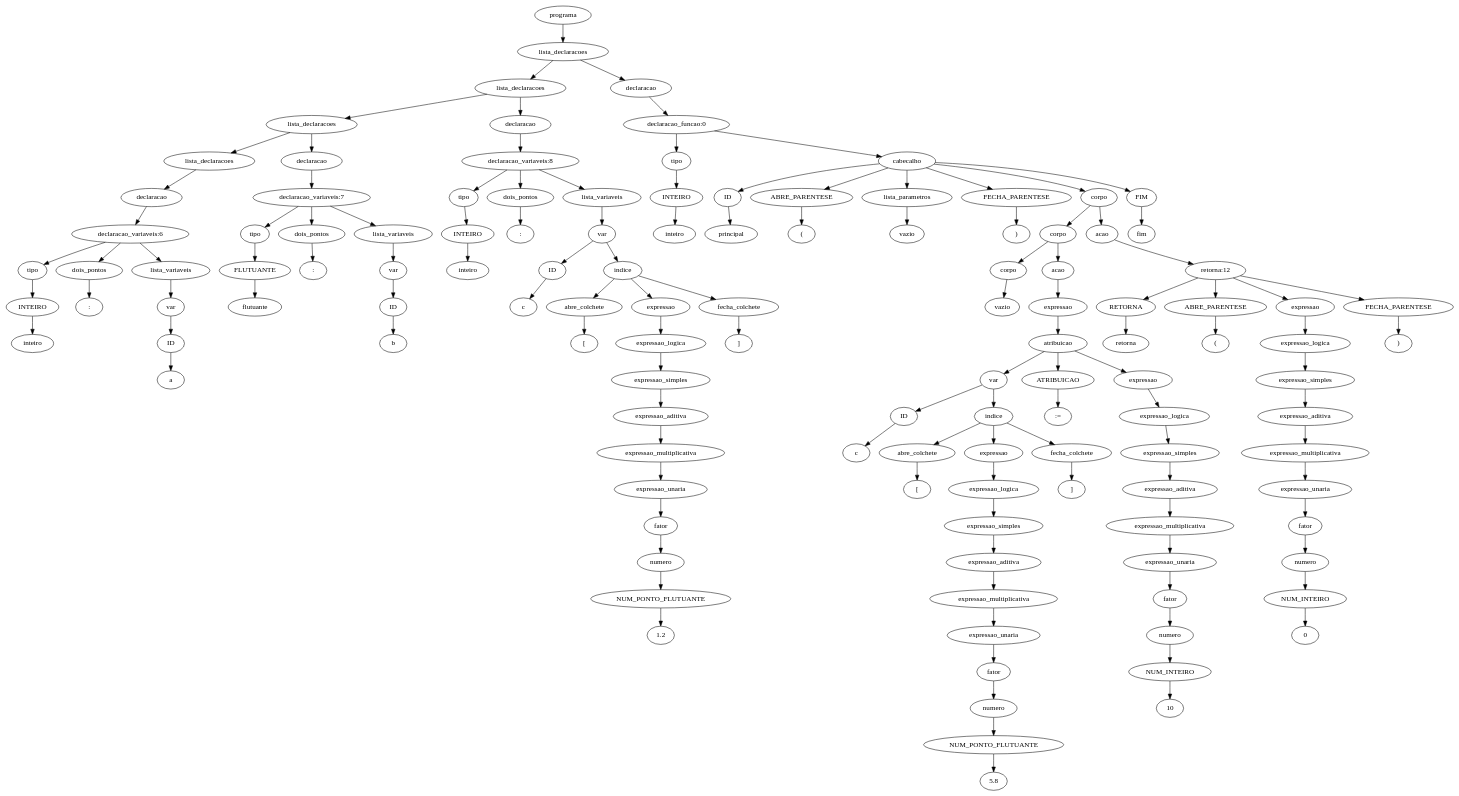
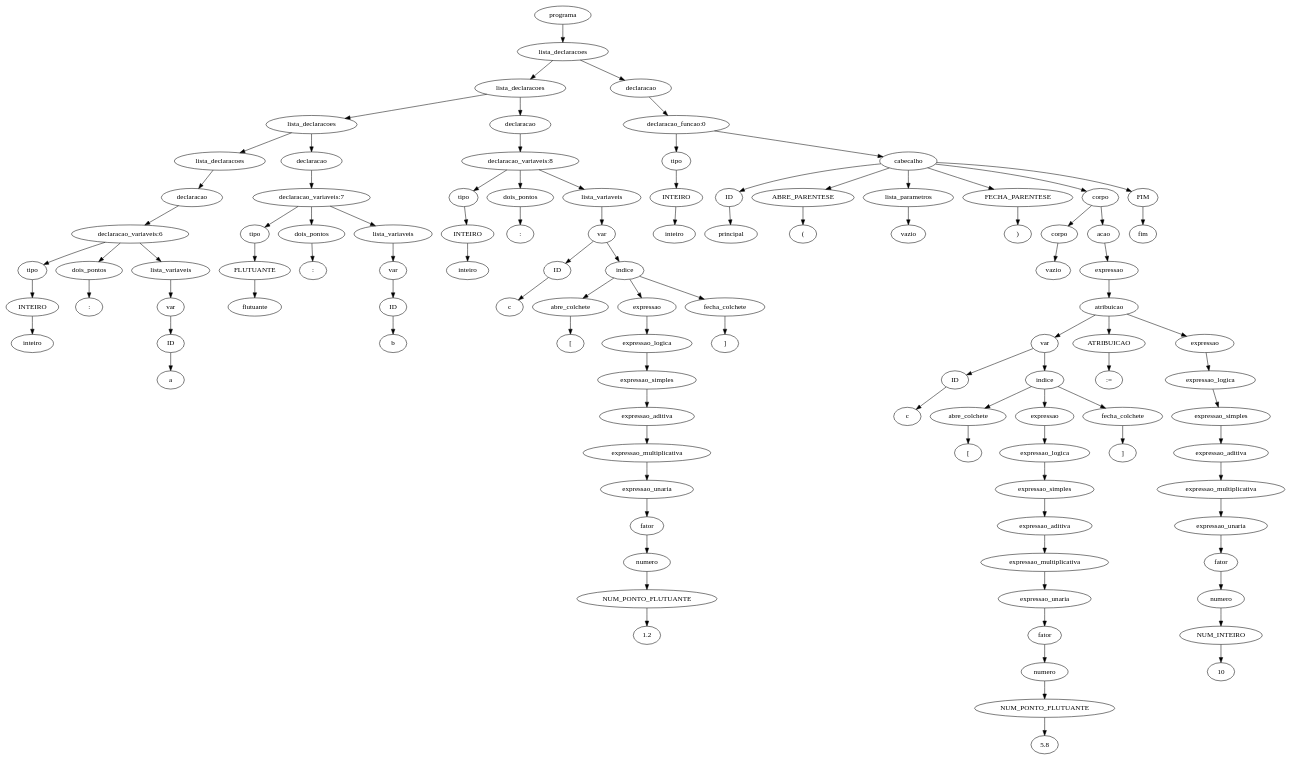
Before and after one commit to JuanFSR/Compiladores: the diagram in 7.AnaliseSemantica/implementacao/semantica-testes/sema-002.tpp.unique.ast.dot, drawn with Graphviz. The commit also changed 16 other files, not shown here.

```diff
--- a/7.AnaliseSemantica/implementacao/semantica-testes/sema-002.tpp.unique.ast.dot
+++ b/7.AnaliseSemantica/implementacao/semantica-testes/sema-002.tpp.unique.ast.dot
@@ -1,249 +1,211 @@
 digraph tree {
-    "0x7f21eaf4db20" [label="programa"];
-    "0x7f21eaee0d00" [label="lista_declaracoes"];
-    "0x7f21eaf4ddc0" [label="lista_declaracoes"];
-    "0x7f21eaf4dc40" [label="lista_declaracoes"];
-    "0x7f21eaf4da30" [label="lista_declaracoes"];
-    "0x7f21ebb917c0" [label="declaracao"];
-    "0x7f21eaf4d9a0" [label="declaracao_variaveis:6"];
-    "0x7f21eaf4d910" [label="tipo"];
-    "0x7f21eaf4d970" [label="INTEIRO"];
-    "0x7f21eaf4d9d0" [label="inteiro"];
-    "0x7f21eaf4da90" [label="dois_pontos"];
-    "0x7f21eaf4d940" [label=":"];
-    "0x7f21eaf4da00" [label="lista_variaveis"];
-    "0x7f21ebb862e0" [label="var"];
-    "0x7f222dac9430" [label="ID"];
-    "0x7f21eaf4daf0" [label="a"];
-    "0x7f21eaf4db80" [label="declaracao"];
-    "0x7f21eaf4dd00" [label="declaracao_variaveis:7"];
-    "0x7f21eaf4dbb0" [label="tipo"];
-    "0x7f21eaf4dbe0" [label="FLUTUANTE"];
-    "0x7f21eaf4dc10" [label="flutuante"];
-    "0x7f21eaf4de20" [label="dois_pontos"];
-    "0x7f21eaf4de50" [label=":"];
-    "0x7f21eaf4dc70" [label="lista_variaveis"];
-    "0x7f21eaf4dac0" [label="var"];
-    "0x7f21eaf4da60" [label="ID"];
-    "0x7f21eaf4dd60" [label="b"];
-    "0x7f21eaf4de80" [label="declaracao"];
-    "0x7f21eaee03a0" [label="declaracao_variaveis:8"];
-    "0x7f21eaf25f10" [label="tipo"];
-    "0x7f21eb1639d0" [label="INTEIRO"];
-    "0x7f21eaf4deb0" [label="inteiro"];
-    "0x7f21eaee0280" [label="dois_pontos"];
-    "0x7f21eaee0040" [label=":"];
-    "0x7f21eaf4dd90" [label="lista_variaveis"];
-    "0x7f21eaf4df10" [label="var"];
-    "0x7f21eaf4df40" [label="ID"];
-    "0x7f21eaf4dfd0" [label="c"];
-    "0x7f21eaee0160" [label="indice"];
-    "0x7f21eaee01f0" [label="abre_colchete"];
-    "0x7f21eaee02e0" [label="["];
-    "0x7f21eaee0130" [label="expressao"];
-    "0x7f21eaee0100" [label="expressao_logica"];
-    "0x7f21eaee0070" [label="expressao_simples"];
-    "0x7f21eaf4dfa0" [label="expressao_aditiva"];
-    "0x7f21eaee00d0" [label="expressao_multiplicativa"];
-    "0x7f21eaf4dee0" [label="expressao_unaria"];
-    "0x7f21eaf4df70" [label="fator"];
-    "0x7f21eaf4dd30" [label="numero"];
-    "0x7f21eaf4dcd0" [label="NUM_PONTO_FLUTUANTE"];
-    "0x7f21eaee00a0" [label="1.2"];
-    "0x7f21eaee0310" [label="fecha_colchete"];
-    "0x7f21eaee0340" [label="]"];
-    "0x7f21eaf4ddf0" [label="declaracao"];
-    "0x7f21eaee03d0" [label="declaracao_funcao:0"];
-    "0x7f21eaf4db50" [label="tipo"];
-    "0x7f21eaf4d790" [label="INTEIRO"];
-    "0x7f21eaee0400" [label="inteiro"];
-    "0x7f21eaee09d0" [label="cabecalho"];
-    "0x7f21eaee0e50" [label="ID"];
-    "0x7f21eaeec1f0" [label="principal"];
-    "0x7f21eaeec220" [label="ABRE_PARENTESE"];
-    "0x7f21eaeec070" [label="("];
-    "0x7f21eaee0520" [label="lista_parametros"];
-    "0x7f21eaee02b0" [label="vazio"];
-    "0x7f21eaeec0d0" [label="FECHA_PARENTESE"];
-    "0x7f21eaeec250" [label=")"];
-    "0x7f21eaee0f70" [label="corpo"];
-    "0x7f21eaee0d60" [label="corpo"];
-    "0x7f21eaee0640" [label="corpo"];
-    "0x7f21eaee0430" [label="vazio"];
-    "0x7f21eaee0c70" [label="acao"];
-    "0x7f21eaee0ac0" [label="expressao"];
-    "0x7f21eaee0c10" [label="atribuicao"];
-    "0x7f21eaee06a0" [label="var"];
-    "0x7f21eaee06d0" [label="ID"];
-    "0x7f21eaee08e0" [label="c"];
-    "0x7f21eaee08b0" [label="indice"];
-    "0x7f21eaee0940" [label="abre_colchete"];
-    "0x7f21eaee0a30" [label="["];
-    "0x7f21eaee0880" [label="expressao"];
-    "0x7f21eaee0850" [label="expressao_logica"];
-    "0x7f21eaee07c0" [label="expressao_simples"];
-    "0x7f21eaee0730" [label="expressao_aditiva"];
-    "0x7f21eaee0820" [label="expressao_multiplicativa"];
-    "0x7f21eaee0670" [label="expressao_unaria"];
-    "0x7f21eaee0700" [label="fator"];
-    "0x7f21eaee0550" [label="numero"];
-    "0x7f21eaee05b0" [label="NUM_PONTO_FLUTUANTE"];
-    "0x7f21eaee07f0" [label="5.8"];
-    "0x7f21eaee0a60" [label="fecha_colchete"];
-    "0x7f21eaee0a90" [label="]"];
-    "0x7f21eaee0ca0" [label="ATRIBUICAO"];
-    "0x7f21eaee0d30" [label=":="];
-    "0x7f21eaee0be0" [label="expressao"];
-    "0x7f21eaee0bb0" [label="expressao_logica"];
-    "0x7f21eaee0b50" [label="expressao_simples"];
-    "0x7f21eaee0790" [label="expressao_aditiva"];
-    "0x7f21eaee0a00" [label="expressao_multiplicativa"];
-    "0x7f21eaee0970" [label="expressao_unaria"];
-    "0x7f21eaee0760" [label="fator"];
-    "0x7f21eaee05e0" [label="numero"];
-    "0x7f21eaee0580" [label="NUM_INTEIRO"];
-    "0x7f21eaee0910" [label="10"];
-    "0x7f21eaee0b80" [label="acao"];
-    "0x7f21eaee0f10" [label="retorna:12"];
-    "0x7f21eaee0fa0" [label="RETORNA"];
-    "0x7f21eaeec100" [label="retorna"];
-    "0x7f21eaeec130" [label="ABRE_PARENTESE"];
-    "0x7f21eaeec160" [label="("];
-    "0x7f21eaee0ee0" [label="expressao"];
-    "0x7f21eaee0eb0" [label="expressao_logica"];
-    "0x7f21eaee0e80" [label="expressao_simples"];
-    "0x7f21eaee0df0" [label="expressao_aditiva"];
-    "0x7f21eaee09a0" [label="expressao_multiplicativa"];
-    "0x7f21eaee0d90" [label="expressao_unaria"];
-    "0x7f21eaee0dc0" [label="fator"];
-    "0x7f21eaee04c0" [label="numero"];
-    "0x7f21eaee0610" [label="NUM_INTEIRO"];
-    "0x7f21eaee0af0" [label="0"];
-    "0x7f21eaeec190" [label="FECHA_PARENTESE"];
-    "0x7f21eaeec1c0" [label=")"];
-    "0x7f21eaeec280" [label="FIM"];
-    "0x7f21eaeec2b0" [label="fim"];
-    "0x7f21eaf4db20" -> "0x7f21eaee0d00";
-    "0x7f21eaee0d00" -> "0x7f21eaf4ddc0";
-    "0x7f21eaee0d00" -> "0x7f21eaf4ddf0";
-    "0x7f21eaf4ddc0" -> "0x7f21eaf4dc40";
-    "0x7f21eaf4ddc0" -> "0x7f21eaf4de80";
-    "0x7f21eaf4dc40" -> "0x7f21eaf4da30";
-    "0x7f21eaf4dc40" -> "0x7f21eaf4db80";
-    "0x7f21eaf4da30" -> "0x7f21ebb917c0";
-    "0x7f21ebb917c0" -> "0x7f21eaf4d9a0";
-    "0x7f21eaf4d9a0" -> "0x7f21eaf4d910";
-    "0x7f21eaf4d9a0" -> "0x7f21eaf4da90";
-    "0x7f21eaf4d9a0" -> "0x7f21eaf4da00";
-    "0x7f21eaf4d910" -> "0x7f21eaf4d970";
-    "0x7f21eaf4d970" -> "0x7f21eaf4d9d0";
-    "0x7f21eaf4da90" -> "0x7f21eaf4d940";
-    "0x7f21eaf4da00" -> "0x7f21ebb862e0";
-    "0x7f21ebb862e0" -> "0x7f222dac9430";
-    "0x7f222dac9430" -> "0x7f21eaf4daf0";
-    "0x7f21eaf4db80" -> "0x7f21eaf4dd00";
-    "0x7f21eaf4dd00" -> "0x7f21eaf4dbb0";
-    "0x7f21eaf4dd00" -> "0x7f21eaf4de20";
-    "0x7f21eaf4dd00" -> "0x7f21eaf4dc70";
-    "0x7f21eaf4dbb0" -> "0x7f21eaf4dbe0";
-    "0x7f21eaf4dbe0" -> "0x7f21eaf4dc10";
-    "0x7f21eaf4de20" -> "0x7f21eaf4de50";
-    "0x7f21eaf4dc70" -> "0x7f21eaf4dac0";
-    "0x7f21eaf4dac0" -> "0x7f21eaf4da60";
-    "0x7f21eaf4da60" -> "0x7f21eaf4dd60";
-    "0x7f21eaf4de80" -> "0x7f21eaee03a0";
-    "0x7f21eaee03a0" -> "0x7f21eaf25f10";
-    "0x7f21eaee03a0" -> "0x7f21eaee0280";
-    "0x7f21eaee03a0" -> "0x7f21eaf4dd90";
-    "0x7f21eaf25f10" -> "0x7f21eb1639d0";
-    "0x7f21eb1639d0" -> "0x7f21eaf4deb0";
-    "0x7f21eaee0280" -> "0x7f21eaee0040";
-    "0x7f21eaf4dd90" -> "0x7f21eaf4df10";
-    "0x7f21eaf4df10" -> "0x7f21eaf4df40";
-    "0x7f21eaf4df10" -> "0x7f21eaee0160";
-    "0x7f21eaf4df40" -> "0x7f21eaf4dfd0";
-    "0x7f21eaee0160" -> "0x7f21eaee01f0";
-    "0x7f21eaee0160" -> "0x7f21eaee0130";
-    "0x7f21eaee0160" -> "0x7f21eaee0310";
-    "0x7f21eaee01f0" -> "0x7f21eaee02e0";
-    "0x7f21eaee0130" -> "0x7f21eaee0100";
-    "0x7f21eaee0100" -> "0x7f21eaee0070";
-    "0x7f21eaee0070" -> "0x7f21eaf4dfa0";
-    "0x7f21eaf4dfa0" -> "0x7f21eaee00d0";
-    "0x7f21eaee00d0" -> "0x7f21eaf4dee0";
-    "0x7f21eaf4dee0" -> "0x7f21eaf4df70";
-    "0x7f21eaf4df70" -> "0x7f21eaf4dd30";
-    "0x7f21eaf4dd30" -> "0x7f21eaf4dcd0";
-    "0x7f21eaf4dcd0" -> "0x7f21eaee00a0";
-    "0x7f21eaee0310" -> "0x7f21eaee0340";
-    "0x7f21eaf4ddf0" -> "0x7f21eaee03d0";
-    "0x7f21eaee03d0" -> "0x7f21eaf4db50";
-    "0x7f21eaee03d0" -> "0x7f21eaee09d0";
-    "0x7f21eaf4db50" -> "0x7f21eaf4d790";
-    "0x7f21eaf4d790" -> "0x7f21eaee0400";
-    "0x7f21eaee09d0" -> "0x7f21eaee0e50";
-    "0x7f21eaee09d0" -> "0x7f21eaeec220";
-    "0x7f21eaee09d0" -> "0x7f21eaee0520";
-    "0x7f21eaee09d0" -> "0x7f21eaeec0d0";
-    "0x7f21eaee09d0" -> "0x7f21eaee0f70";
-    "0x7f21eaee09d0" -> "0x7f21eaeec280";
-    "0x7f21eaee0e50" -> "0x7f21eaeec1f0";
-    "0x7f21eaeec220" -> "0x7f21eaeec070";
-    "0x7f21eaee0520" -> "0x7f21eaee02b0";
-    "0x7f21eaeec0d0" -> "0x7f21eaeec250";
-    "0x7f21eaee0f70" -> "0x7f21eaee0d60";
-    "0x7f21eaee0f70" -> "0x7f21eaee0b80";
-    "0x7f21eaee0d60" -> "0x7f21eaee0640";
-    "0x7f21eaee0d60" -> "0x7f21eaee0c70";
-    "0x7f21eaee0640" -> "0x7f21eaee0430";
-    "0x7f21eaee0c70" -> "0x7f21eaee0ac0";
-    "0x7f21eaee0ac0" -> "0x7f21eaee0c10";
-    "0x7f21eaee0c10" -> "0x7f21eaee06a0";
-    "0x7f21eaee0c10" -> "0x7f21eaee0ca0";
-    "0x7f21eaee0c10" -> "0x7f21eaee0be0";
-    "0x7f21eaee06a0" -> "0x7f21eaee06d0";
-    "0x7f21eaee06a0" -> "0x7f21eaee08b0";
-    "0x7f21eaee06d0" -> "0x7f21eaee08e0";
-    "0x7f21eaee08b0" -> "0x7f21eaee0940";
-    "0x7f21eaee08b0" -> "0x7f21eaee0880";
-    "0x7f21eaee08b0" -> "0x7f21eaee0a60";
-    "0x7f21eaee0940" -> "0x7f21eaee0a30";
-    "0x7f21eaee0880" -> "0x7f21eaee0850";
-    "0x7f21eaee0850" -> "0x7f21eaee07c0";
-    "0x7f21eaee07c0" -> "0x7f21eaee0730";
-    "0x7f21eaee0730" -> "0x7f21eaee0820";
-    "0x7f21eaee0820" -> "0x7f21eaee0670";
-    "0x7f21eaee0670" -> "0x7f21eaee0700";
-    "0x7f21eaee0700" -> "0x7f21eaee0550";
-    "0x7f21eaee0550" -> "0x7f21eaee05b0";
-    "0x7f21eaee05b0" -> "0x7f21eaee07f0";
-    "0x7f21eaee0a60" -> "0x7f21eaee0a90";
-    "0x7f21eaee0ca0" -> "0x7f21eaee0d30";
-    "0x7f21eaee0be0" -> "0x7f21eaee0bb0";
-    "0x7f21eaee0bb0" -> "0x7f21eaee0b50";
-    "0x7f21eaee0b50" -> "0x7f21eaee0790";
-    "0x7f21eaee0790" -> "0x7f21eaee0a00";
-    "0x7f21eaee0a00" -> "0x7f21eaee0970";
-    "0x7f21eaee0970" -> "0x7f21eaee0760";
-    "0x7f21eaee0760" -> "0x7f21eaee05e0";
-    "0x7f21eaee05e0" -> "0x7f21eaee0580";
-    "0x7f21eaee0580" -> "0x7f21eaee0910";
-    "0x7f21eaee0b80" -> "0x7f21eaee0f10";
-    "0x7f21eaee0f10" -> "0x7f21eaee0fa0";
-    "0x7f21eaee0f10" -> "0x7f21eaeec130";
-    "0x7f21eaee0f10" -> "0x7f21eaee0ee0";
-    "0x7f21eaee0f10" -> "0x7f21eaeec190";
-    "0x7f21eaee0fa0" -> "0x7f21eaeec100";
-    "0x7f21eaeec130" -> "0x7f21eaeec160";
-    "0x7f21eaee0ee0" -> "0x7f21eaee0eb0";
-    "0x7f21eaee0eb0" -> "0x7f21eaee0e80";
-    "0x7f21eaee0e80" -> "0x7f21eaee0df0";
-    "0x7f21eaee0df0" -> "0x7f21eaee09a0";
-    "0x7f21eaee09a0" -> "0x7f21eaee0d90";
-    "0x7f21eaee0d90" -> "0x7f21eaee0dc0";
-    "0x7f21eaee0dc0" -> "0x7f21eaee04c0";
-    "0x7f21eaee04c0" -> "0x7f21eaee0610";
-    "0x7f21eaee0610" -> "0x7f21eaee0af0";
-    "0x7f21eaeec190" -> "0x7f21eaeec1c0";
-    "0x7f21eaeec280" -> "0x7f21eaeec2b0";
+    "0x7fa2aeb9d430" [label="programa"];
+    "0x7fa2aeb9d880" [label="lista_declaracoes"];
+    "0x7fa2aeb9d550" [label="lista_declaracoes"];
+    "0x7fa2aeb9d310" [label="lista_declaracoes"];
+    "0x7fa2aebec8b0" [label="lista_declaracoes"];
+    "0x7fa2aec01dc0" [label="declaracao"];
+    "0x7fa2aeb9d070" [label="declaracao_variaveis:6"];
+    "0x7fa2aec01f10" [label="tipo"];
+    "0x7fa2aec01fa0" [label="INTEIRO"];
+    "0x7fa2aec01fd0" [label="inteiro"];
+    "0x7fa2aec01f70" [label="dois_pontos"];
+    "0x7fa2aeb9d100" [label=":"];
+    "0x7fa2aeb9d040" [label="lista_variaveis"];
+    "0x7fa2cdf31e20" [label="var"];
+    "0x7fa2aee27670" [label="ID"];
+    "0x7fa2aeb9d160" [label="a"];
+    "0x7fa2aeb9d0a0" [label="declaracao"];
+    "0x7fa2aeb9d2b0" [label="declaracao_variaveis:7"];
+    "0x7fa2aeb9d220" [label="tipo"];
+    "0x7fa2aeb9d250" [label="FLUTUANTE"];
+    "0x7fa2aeb9d280" [label="flutuante"];
+    "0x7fa2aeb9d370" [label="dois_pontos"];
+    "0x7fa2aeb9d490" [label=":"];
+    "0x7fa2aeb9d2e0" [label="lista_variaveis"];
+    "0x7fa2aeb9d130" [label="var"];
+    "0x7fa2aeb9d0d0" [label="ID"];
+    "0x7fa2aeb9d3d0" [label="b"];
+    "0x7fa2aeb9d460" [label="declaracao"];
+    "0x7fa2aeb9d9a0" [label="declaracao_variaveis:8"];
+    "0x7fa2cdf31d00" [label="tipo"];
+    "0x7fa2cdf31d90" [label="INTEIRO"];
+    "0x7fa2aeb9d4c0" [label="inteiro"];
+    "0x7fa2aeb9d9d0" [label="dois_pontos"];
+    "0x7fa2aeb9d8b0" [label=":"];
+    "0x7fa2aeb9d520" [label="lista_variaveis"];
+    "0x7fa2aeb9d580" [label="var"];
+    "0x7fa2aeb9d5b0" [label="ID"];
+    "0x7fa2aeb9d7c0" [label="c"];
+    "0x7fa2aeb9d790" [label="indice"];
+    "0x7fa2aeb9d820" [label="abre_colchete"];
+    "0x7fa2aeb9d910" [label="["];
+    "0x7fa2aeb9d760" [label="expressao"];
+    "0x7fa2aeb9d730" [label="expressao_logica"];
+    "0x7fa2aeb9d6a0" [label="expressao_simples"];
+    "0x7fa2aeb9d610" [label="expressao_aditiva"];
+    "0x7fa2aeb9d700" [label="expressao_multiplicativa"];
+    "0x7fa2aeb9d4f0" [label="expressao_unaria"];
+    "0x7fa2aeb9d5e0" [label="fator"];
+    "0x7fa2aeb9d3a0" [label="numero"];
+    "0x7fa2aeb9d340" [label="NUM_PONTO_FLUTUANTE"];
+    "0x7fa2aeb9d6d0" [label="1.2"];
+    "0x7fa2aeb9d940" [label="fecha_colchete"];
+    "0x7fa2aeb9d970" [label="]"];
+    "0x7fa2aeb9d7f0" [label="declaracao"];
+    "0x7fa2aeb9d400" [label="declaracao_funcao:0"];
+    "0x7fa2aeb9d1c0" [label="tipo"];
+    "0x7fa2aeb9d1f0" [label="INTEIRO"];
+    "0x7fa2aeb9d670" [label="inteiro"];
+    "0x7fa2aeb9daf0" [label="cabecalho"];
+    "0x7fa2aeb9dc40" [label="ID"];
+    "0x7fa2aeba5130" [label="principal"];
+    "0x7fa2aeba5160" [label="ABRE_PARENTESE"];
+    "0x7fa2aeba5460" [label="("];
+    "0x7fa2aeb9db50" [label="lista_parametros"];
+    "0x7fa2aeb9d8e0" [label="vazio"];
+    "0x7fa2aeba5490" [label="FECHA_PARENTESE"];
+    "0x7fa2aeba54c0" [label=")"];
+    "0x7fa2aeba53d0" [label="corpo"];
+    "0x7fa2aeb9dc70" [label="corpo"];
+    "0x7fa2aeb9da00" [label="vazio"];
+    "0x7fa2aeba52e0" [label="acao"];
+    "0x7fa2aeb9dfd0" [label="expressao"];
+    "0x7fa2aeba5280" [label="atribuicao"];
+    "0x7fa2aeb9dcd0" [label="var"];
+    "0x7fa2aeb9dd00" [label="ID"];
+    "0x7fa2aeb9df10" [label="c"];
+    "0x7fa2aeb9dee0" [label="indice"];
+    "0x7fa2aeb9df70" [label="abre_colchete"];
+    "0x7fa2aeba50a0" [label="["];
+    "0x7fa2aeb9deb0" [label="expressao"];
+    "0x7fa2aeb9de80" [label="expressao_logica"];
+    "0x7fa2aeb9ddf0" [label="expressao_simples"];
+    "0x7fa2aeb9dd60" [label="expressao_aditiva"];
+    "0x7fa2aeb9de50" [label="expressao_multiplicativa"];
+    "0x7fa2aeb9dca0" [label="expressao_unaria"];
+    "0x7fa2aeb9dd30" [label="fator"];
+    "0x7fa2aeb9db80" [label="numero"];
+    "0x7fa2aeb9dbe0" [label="NUM_PONTO_FLUTUANTE"];
+    "0x7fa2aeb9de20" [label="5.8"];
+    "0x7fa2aeba50d0" [label="fecha_colchete"];
+    "0x7fa2aeba5100" [label="]"];
+    "0x7fa2aeba5310" [label="ATRIBUICAO"];
+    "0x7fa2aeba53a0" [label=":="];
+    "0x7fa2aeba5250" [label="expressao"];
+    "0x7fa2aeba5220" [label="expressao_logica"];
+    "0x7fa2aeba51c0" [label="expressao_simples"];
+    "0x7fa2aeb9ddc0" [label="expressao_aditiva"];
+    "0x7fa2aeba5070" [label="expressao_multiplicativa"];
+    "0x7fa2aeb9dfa0" [label="expressao_unaria"];
+    "0x7fa2aeb9dd90" [label="fator"];
+    "0x7fa2aeb9dc10" [label="numero"];
+    "0x7fa2aeb9dbb0" [label="NUM_INTEIRO"];
+    "0x7fa2aeb9df40" [label="10"];
+    "0x7fa2aeba54f0" [label="FIM"];
+    "0x7fa2aeba5520" [label="fim"];
+    "0x7fa2aeb9d430" -> "0x7fa2aeb9d880";
+    "0x7fa2aeb9d880" -> "0x7fa2aeb9d550";
+    "0x7fa2aeb9d880" -> "0x7fa2aeb9d7f0";
+    "0x7fa2aeb9d550" -> "0x7fa2aeb9d310";
+    "0x7fa2aeb9d550" -> "0x7fa2aeb9d460";
+    "0x7fa2aeb9d310" -> "0x7fa2aebec8b0";
+    "0x7fa2aeb9d310" -> "0x7fa2aeb9d0a0";
+    "0x7fa2aebec8b0" -> "0x7fa2aec01dc0";
+    "0x7fa2aec01dc0" -> "0x7fa2aeb9d070";
+    "0x7fa2aeb9d070" -> "0x7fa2aec01f10";
+    "0x7fa2aeb9d070" -> "0x7fa2aec01f70";
+    "0x7fa2aeb9d070" -> "0x7fa2aeb9d040";
+    "0x7fa2aec01f10" -> "0x7fa2aec01fa0";
+    "0x7fa2aec01fa0" -> "0x7fa2aec01fd0";
+    "0x7fa2aec01f70" -> "0x7fa2aeb9d100";
+    "0x7fa2aeb9d040" -> "0x7fa2cdf31e20";
+    "0x7fa2cdf31e20" -> "0x7fa2aee27670";
+    "0x7fa2aee27670" -> "0x7fa2aeb9d160";
+    "0x7fa2aeb9d0a0" -> "0x7fa2aeb9d2b0";
+    "0x7fa2aeb9d2b0" -> "0x7fa2aeb9d220";
+    "0x7fa2aeb9d2b0" -> "0x7fa2aeb9d370";
+    "0x7fa2aeb9d2b0" -> "0x7fa2aeb9d2e0";
+    "0x7fa2aeb9d220" -> "0x7fa2aeb9d250";
+    "0x7fa2aeb9d250" -> "0x7fa2aeb9d280";
+    "0x7fa2aeb9d370" -> "0x7fa2aeb9d490";
+    "0x7fa2aeb9d2e0" -> "0x7fa2aeb9d130";
+    "0x7fa2aeb9d130" -> "0x7fa2aeb9d0d0";
+    "0x7fa2aeb9d0d0" -> "0x7fa2aeb9d3d0";
+    "0x7fa2aeb9d460" -> "0x7fa2aeb9d9a0";
+    "0x7fa2aeb9d9a0" -> "0x7fa2cdf31d00";
+    "0x7fa2aeb9d9a0" -> "0x7fa2aeb9d9d0";
+    "0x7fa2aeb9d9a0" -> "0x7fa2aeb9d520";
+    "0x7fa2cdf31d00" -> "0x7fa2cdf31d90";
+    "0x7fa2cdf31d90" -> "0x7fa2aeb9d4c0";
+    "0x7fa2aeb9d9d0" -> "0x7fa2aeb9d8b0";
+    "0x7fa2aeb9d520" -> "0x7fa2aeb9d580";
+    "0x7fa2aeb9d580" -> "0x7fa2aeb9d5b0";
+    "0x7fa2aeb9d580" -> "0x7fa2aeb9d790";
+    "0x7fa2aeb9d5b0" -> "0x7fa2aeb9d7c0";
+    "0x7fa2aeb9d790" -> "0x7fa2aeb9d820";
+    "0x7fa2aeb9d790" -> "0x7fa2aeb9d760";
+    "0x7fa2aeb9d790" -> "0x7fa2aeb9d940";
+    "0x7fa2aeb9d820" -> "0x7fa2aeb9d910";
+    "0x7fa2aeb9d760" -> "0x7fa2aeb9d730";
+    "0x7fa2aeb9d730" -> "0x7fa2aeb9d6a0";
+    "0x7fa2aeb9d6a0" -> "0x7fa2aeb9d610";
+    "0x7fa2aeb9d610" -> "0x7fa2aeb9d700";
+    "0x7fa2aeb9d700" -> "0x7fa2aeb9d4f0";
+    "0x7fa2aeb9d4f0" -> "0x7fa2aeb9d5e0";
+    "0x7fa2aeb9d5e0" -> "0x7fa2aeb9d3a0";
+    "0x7fa2aeb9d3a0" -> "0x7fa2aeb9d340";
+    "0x7fa2aeb9d340" -> "0x7fa2aeb9d6d0";
+    "0x7fa2aeb9d940" -> "0x7fa2aeb9d970";
+    "0x7fa2aeb9d7f0" -> "0x7fa2aeb9d400";
+    "0x7fa2aeb9d400" -> "0x7fa2aeb9d1c0";
+    "0x7fa2aeb9d400" -> "0x7fa2aeb9daf0";
+    "0x7fa2aeb9d1c0" -> "0x7fa2aeb9d1f0";
+    "0x7fa2aeb9d1f0" -> "0x7fa2aeb9d670";
+    "0x7fa2aeb9daf0" -> "0x7fa2aeb9dc40";
+    "0x7fa2aeb9daf0" -> "0x7fa2aeba5160";
+    "0x7fa2aeb9daf0" -> "0x7fa2aeb9db50";
+    "0x7fa2aeb9daf0" -> "0x7fa2aeba5490";
+    "0x7fa2aeb9daf0" -> "0x7fa2aeba53d0";
+    "0x7fa2aeb9daf0" -> "0x7fa2aeba54f0";
+    "0x7fa2aeb9dc40" -> "0x7fa2aeba5130";
+    "0x7fa2aeba5160" -> "0x7fa2aeba5460";
+    "0x7fa2aeb9db50" -> "0x7fa2aeb9d8e0";
+    "0x7fa2aeba5490" -> "0x7fa2aeba54c0";
+    "0x7fa2aeba53d0" -> "0x7fa2aeb9dc70";
+    "0x7fa2aeba53d0" -> "0x7fa2aeba52e0";
+    "0x7fa2aeb9dc70" -> "0x7fa2aeb9da00";
+    "0x7fa2aeba52e0" -> "0x7fa2aeb9dfd0";
+    "0x7fa2aeb9dfd0" -> "0x7fa2aeba5280";
+    "0x7fa2aeba5280" -> "0x7fa2aeb9dcd0";
+    "0x7fa2aeba5280" -> "0x7fa2aeba5310";
+    "0x7fa2aeba5280" -> "0x7fa2aeba5250";
+    "0x7fa2aeb9dcd0" -> "0x7fa2aeb9dd00";
+    "0x7fa2aeb9dcd0" -> "0x7fa2aeb9dee0";
+    "0x7fa2aeb9dd00" -> "0x7fa2aeb9df10";
+    "0x7fa2aeb9dee0" -> "0x7fa2aeb9df70";
+    "0x7fa2aeb9dee0" -> "0x7fa2aeb9deb0";
+    "0x7fa2aeb9dee0" -> "0x7fa2aeba50d0";
+    "0x7fa2aeb9df70" -> "0x7fa2aeba50a0";
+    "0x7fa2aeb9deb0" -> "0x7fa2aeb9de80";
+    "0x7fa2aeb9de80" -> "0x7fa2aeb9ddf0";
+    "0x7fa2aeb9ddf0" -> "0x7fa2aeb9dd60";
+    "0x7fa2aeb9dd60" -> "0x7fa2aeb9de50";
+    "0x7fa2aeb9de50" -> "0x7fa2aeb9dca0";
+    "0x7fa2aeb9dca0" -> "0x7fa2aeb9dd30";
+    "0x7fa2aeb9dd30" -> "0x7fa2aeb9db80";
+    "0x7fa2aeb9db80" -> "0x7fa2aeb9dbe0";
+    "0x7fa2aeb9dbe0" -> "0x7fa2aeb9de20";
+    "0x7fa2aeba50d0" -> "0x7fa2aeba5100";
+    "0x7fa2aeba5310" -> "0x7fa2aeba53a0";
+    "0x7fa2aeba5250" -> "0x7fa2aeba5220";
+    "0x7fa2aeba5220" -> "0x7fa2aeba51c0";
+    "0x7fa2aeba51c0" -> "0x7fa2aeb9ddc0";
+    "0x7fa2aeb9ddc0" -> "0x7fa2aeba5070";
+    "0x7fa2aeba5070" -> "0x7fa2aeb9dfa0";
+    "0x7fa2aeb9dfa0" -> "0x7fa2aeb9dd90";
+    "0x7fa2aeb9dd90" -> "0x7fa2aeb9dc10";
+    "0x7fa2aeb9dc10" -> "0x7fa2aeb9dbb0";
+    "0x7fa2aeb9dbb0" -> "0x7fa2aeb9df40";
+    "0x7fa2aeba54f0" -> "0x7fa2aeba5520";
 }
```
